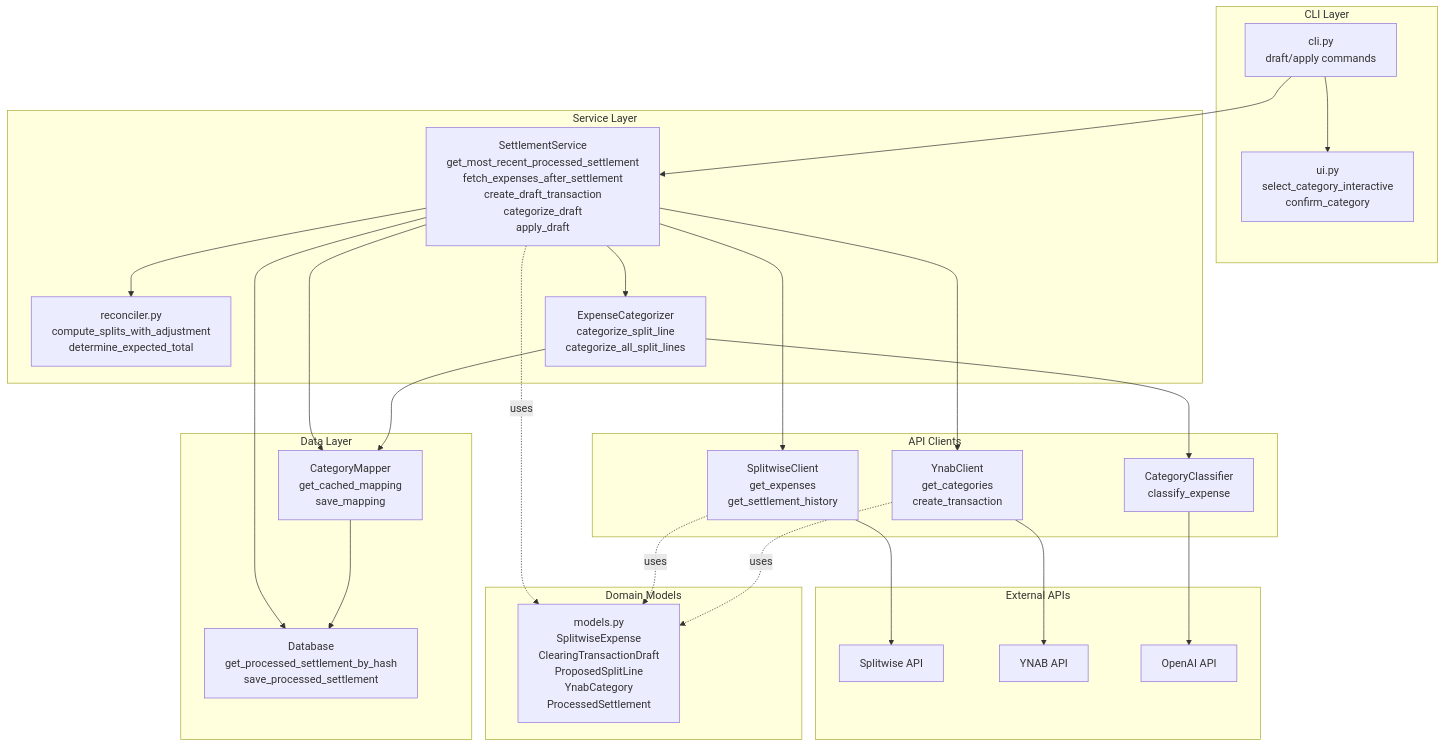
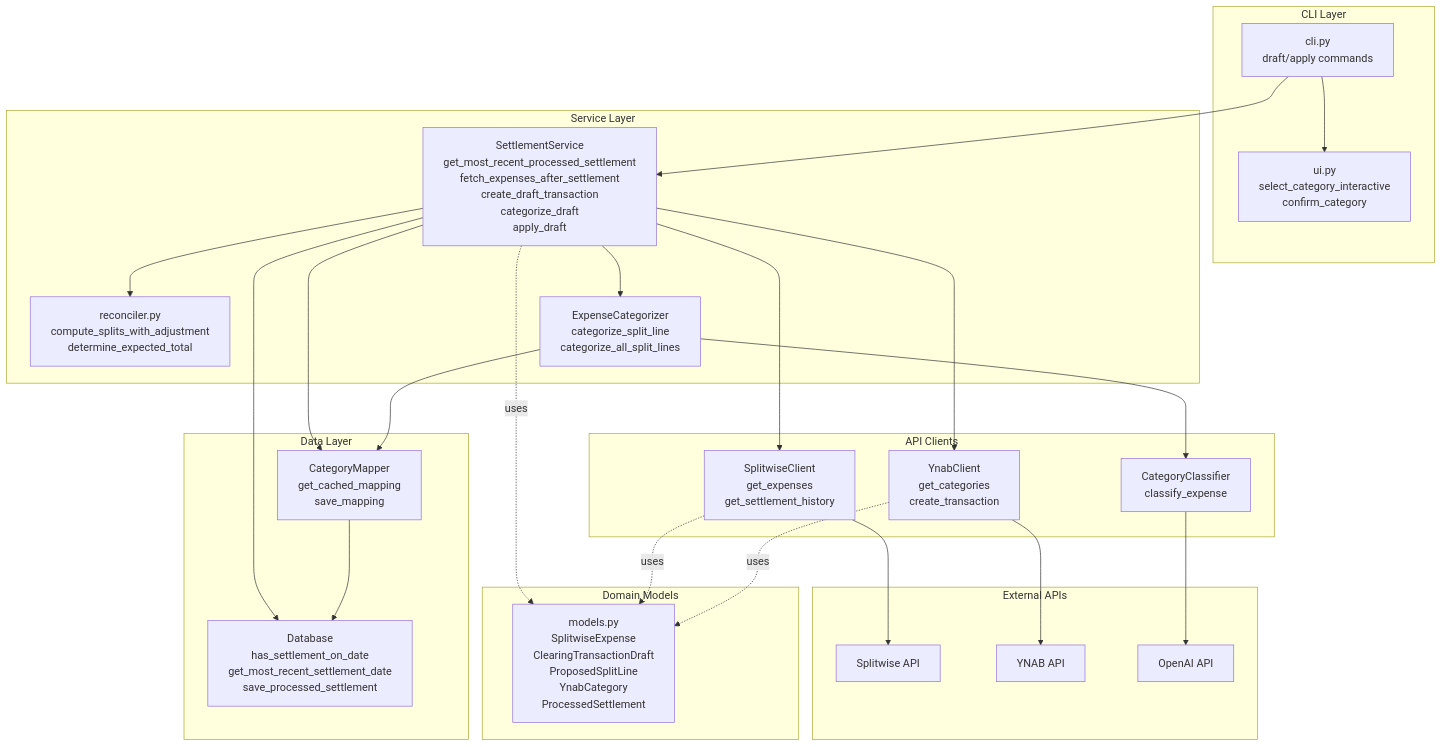
The first of 2 diagrams in README.md (codyjk/YnabSplit), drawn with Mermaid before and after one commit. The commit also changed other lines of this file and 6 other files, not shown here.

````diff
--- a/README.md
+++ b/README.md
@@ -107,52 +107,52 @@
 ```mermaid
 graph TB
     subgraph "CLI Layer"
         CLI[cli.py<br/>draft/apply commands]
         UI[ui.py<br/>select_category_interactive<br/>confirm_category]
     end
 
     subgraph "Service Layer"
         Service[SettlementService<br/>get_most_recent_processed_settlement<br/>fetch_expenses_after_settlement<br/>create_draft_transaction<br/>categorize_draft<br/>apply_draft]
         Reconciler[reconciler.py<br/>compute_splits_with_adjustment<br/>determine_expected_total]
         Categorizer[ExpenseCategorizer<br/>categorize_split_line<br/>categorize_all_split_lines]
     end
 
     subgraph "Data Layer"
         Mapper[CategoryMapper<br/>get_cached_mapping<br/>save_mapping]
-        DB[Database<br/>get_processed_settlement_by_hash<br/>save_processed_settlement]
+        DB[Database<br/>has_settlement_on_date<br/>get_most_recent_settlement_date<br/>save_processed_settlement]
     end
 
     subgraph "External APIs"
         SplitwiseAPI[Splitwise API]
         YNABAPI[YNAB API]
         OpenAIAPI[OpenAI API]
     end
 
     subgraph "API Clients"
         SplitwiseClient[SplitwiseClient<br/>get_expenses<br/>get_settlement_history]
         YnabClient[YnabClient<br/>get_categories<br/>create_transaction]
         Classifier[CategoryClassifier<br/>classify_expense]
     end
 
     subgraph "Domain Models"
         Models[models.py<br/>SplitwiseExpense<br/>ClearingTransactionDraft<br/>ProposedSplitLine<br/>YnabCategory<br/>ProcessedSettlement]
     end
 
     CLI --> Service
     CLI --> UI
     Service --> SplitwiseClient
     Service --> YnabClient
     Service --> Categorizer
     Service --> Reconciler
     Service --> Mapper
     Service --> DB
     Categorizer --> Mapper
     Categorizer --> Classifier
     SplitwiseClient --> SplitwiseAPI
     YnabClient --> YNABAPI
     Classifier --> OpenAIAPI
     Mapper --> DB
     Service -.uses.-> Models
     SplitwiseClient -.uses.-> Models
     YnabClient -.uses.-> Models
 ```
````
